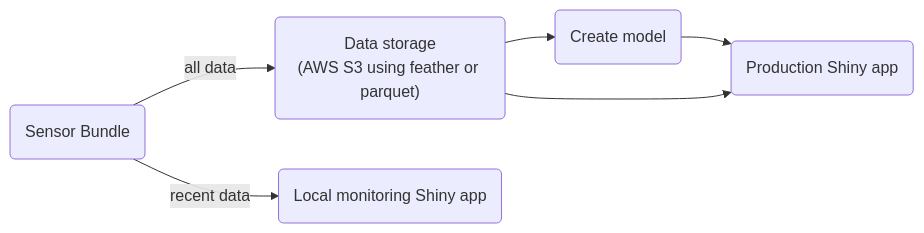
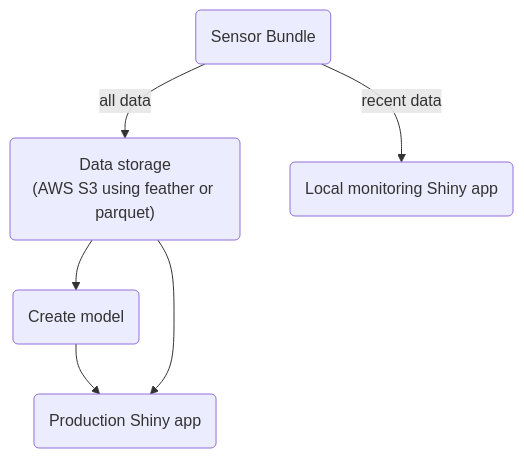
The first of 4 diagrams in slides/_r4pi.qmd (thisisnic/shinyarrowpi), drawn with Mermaid before and after one commit. The commit also changed other lines of this file and 4 other files, not shown here.

````diff
--- a/slides/_r4pi.qmd
+++ b/slides/_r4pi.qmd
@@ -33,8 +36,8 @@
 ```{mermaid}
-  flowchart LR;
-      A(Sensor Bundle) --all data--> E("Data storage<br />(AWS S3 using feather or parquet)")
-      E --> F(Create model)
-      F --> G
-      E --> G(Production Shiny app)
-      A --recent data--> H(Local monitoring Shiny app)
+  flowchart TB;
+      A(Sensor Bundle)--all data-->E("Data storage<br />(AWS S3 using feather or parquet)")
+      E-->F(Create model)
+      F-->G
+      E-->G(Production Shiny app)
+      A--recent data-->H(Local monitoring Shiny app)
 ```
````
